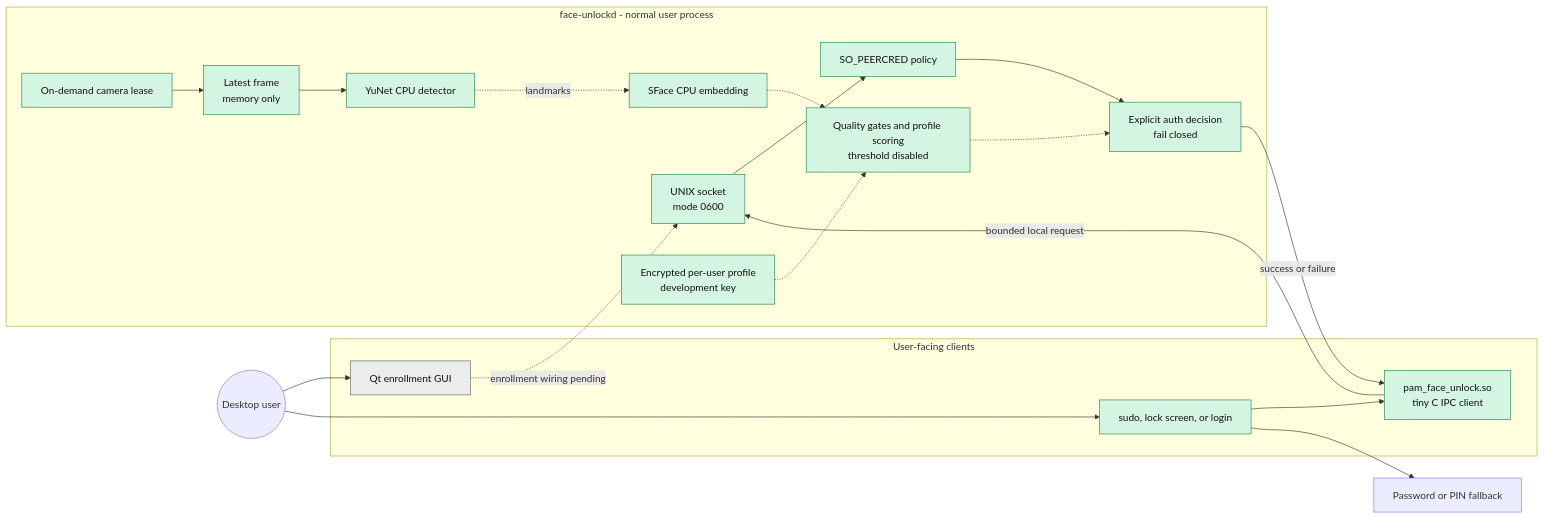
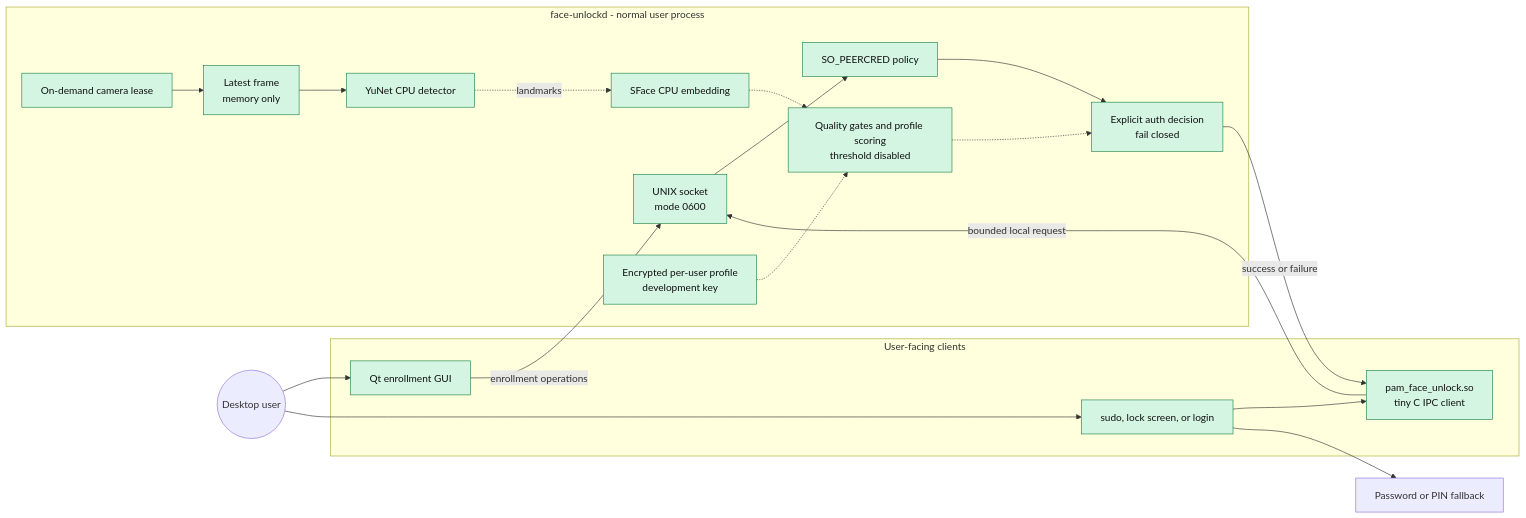
Before and after one commit to justneeraj12/face-unlock-linux: the third of 5 diagrams in README.md, drawn with Mermaid. The commit also changed other lines of this file and 11 other files, not shown here.

Commit message:
Connect GUI to native enrollment

````diff
--- a/README.md
+++ b/README.md
@@ -122,47 +122,46 @@
 ```mermaid
 flowchart LR
     User((Desktop user))
     Password["Password or PIN fallback"]
 
     subgraph Clients["User-facing clients"]
         GUI["Qt enrollment GUI"]
         PAMService["sudo, lock screen, or login"]
         PAM["pam_face_unlock.so<br/>tiny C IPC client"]
     end
 
     subgraph Daemon["face-unlockd - normal user process"]
         IPC["UNIX socket<br/>mode 0600"]
         Peer["SO_PEERCRED policy"]
         Camera["On-demand camera lease"]
         Frame["Latest frame<br/>memory only"]
         YuNet["YuNet CPU detector"]
         SFace["SFace CPU embedding"]
         Matcher["Quality gates and profile scoring<br/>threshold disabled"]
         Decision["Explicit auth decision<br/>fail closed"]
         Crypto["Encrypted per-user profile<br/>development key"]
     end
 
     User --> GUI
     User --> PAMService
     PAMService --> PAM
     PAM -->|"bounded local request"| IPC
-    GUI -.->|"enrollment wiring pending"| IPC
+    GUI -->|"enrollment operations"| IPC
     IPC --> Peer
     Peer --> Decision
 
     Camera --> Frame
     Frame --> YuNet
     YuNet -.->|"landmarks"| SFace
     SFace -.-> Matcher
     Crypto -.-> Matcher
     Matcher -.-> Decision
 
     Decision -->|"success or failure"| PAM
     PAMService --> Password
 
     classDef implemented fill:#d5f5e3,stroke:#1e8449,color:#111
     classDef planned fill:#eaecee,stroke:#626567,color:#111
 
-    class PAMService,PAM,IPC,Peer,Camera,Frame,YuNet,SFace,Matcher,Crypto,Decision implemented
-    class GUI planned
+    class GUI,PAMService,PAM,IPC,Peer,Camera,Frame,YuNet,SFace,Matcher,Crypto,Decision implemented
 ```
````
